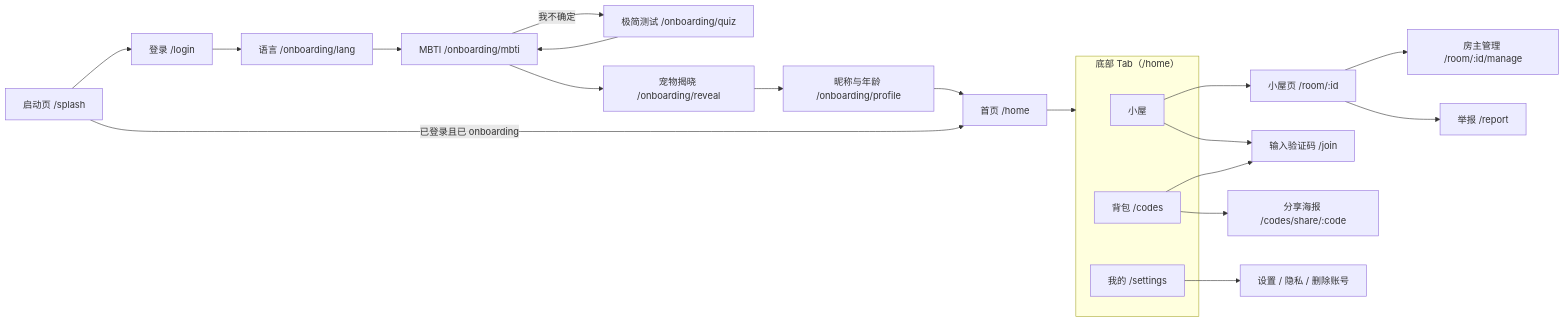
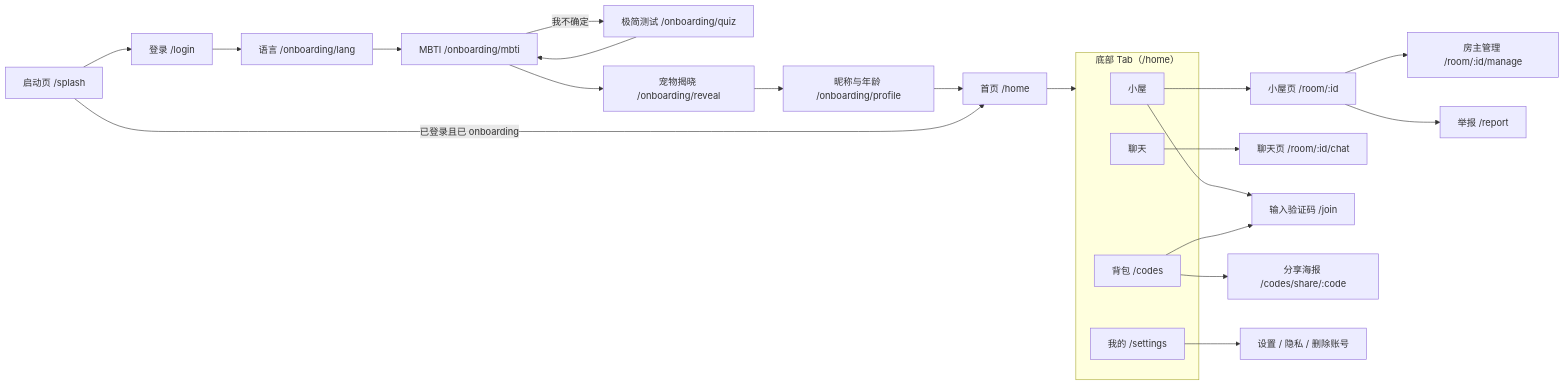
Before and after one commit to jinheng0301/PetBridge_frontend: the sixth of 6 diagrams in 前端技术设计文档（TRD）：PetBridge（Flutter）.md, drawn with Mermaid. The commit also changed other lines of this file and 2 other files, not shown here.

````diff
--- a/前端技术设计文档（TRD）：PetBridge（Flutter）.md
+++ b/前端技术设计文档（TRD）：PetBridge（Flutter）.md
@@ -576,26 +583,28 @@
 ```mermaid
 flowchart LR
     Splash["启动页 /splash"] --> Login["登录 /login"]
     Login --> OnbLang["语言 /onboarding/lang"]
     OnbLang --> OnbMbti["MBTI /onboarding/mbti"]
     OnbMbti -->|"我不确定"| OnbQuiz["极简测试 /onboarding/quiz"]
     OnbQuiz --> OnbMbti
     OnbMbti --> Reveal["宠物揭晓 /onboarding/reveal"]
     Reveal --> Profile["昵称与年龄 /onboarding/profile"]
     Profile --> Home["首页 /home"]
     Splash -->|"已登录且已 onboarding"| Home
 
     subgraph Tabs["底部 Tab（/home）"]
         TabRoom["小屋"]
+        TabChat["聊天"]
         TabCodes["背包 /codes"]
         TabMe["我的 /settings"]
     end
     Home --> Tabs
     TabRoom --> Room["小屋页 /room/:id"]
+    TabChat --> Chat["聊天页 /room/:id/chat"]
     Room --> Manage["房主管理 /room/:id/manage"]
     Room --> Report["举报 /report"]
     TabRoom --> Join["输入验证码 /join"]
     TabCodes --> Share["分享海报 /codes/share/:code"]
     TabCodes --> Join
     TabMe --> Settings["设置 / 隐私 / 删除账号"]
 ```
````
